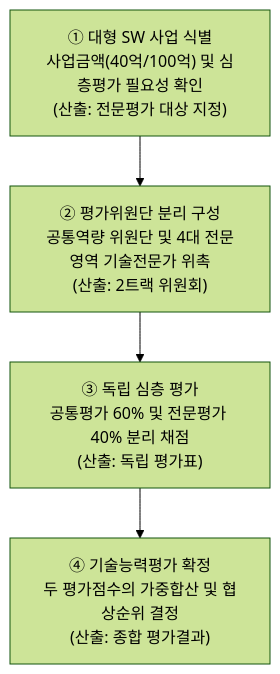
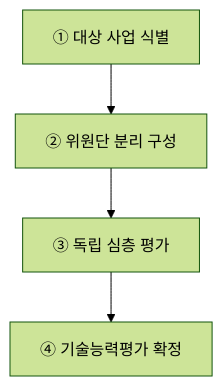
Before and after one commit to agnusdei1207/study: the second of 3 diagrams in src/content/docs/notes/itpe/01-it-strategy/066_negotiated_contract_proposal_evaluation.md, drawn with Mermaid (forest theme). The commit also changed other lines of this file and 19 other files, not shown here.

````diff
--- a/src/content/docs/notes/itpe/01-it-strategy/066_negotiated_contract_proposal_evaluation.md
+++ b/src/content/docs/notes/itpe/01-it-strategy/066_negotiated_contract_proposal_evaluation.md
@@ -94,9 +94,4 @@
 ```mermaid
 flowchart TD
-    S1["① 대형 SW 사업 식별<br/>사업금액(40억/100억) 및 심층평가 필요성 확인<br/>(산출: 전문평가 대상 지정)"]
-    S2["② 평가위원단 분리 구성<br/>공통역량 위원단 및 4대 전문영역 기술전문가 위촉<br/>(산출: 2트랙 위원회)"]
-    S3["③ 독립 심층 평가<br/>공통평가 60% 및 전문평가 40% 분리 채점<br/>(산출: 독립 평가표)"]
-    S4["④ 기술능력평가 확정<br/>두 평가점수의 가중합산 및 협상순위 결정<br/>(산출: 종합 평가결과)"]
-
-    S1 --> S2 --> S3 --> S4
+    S1["① 대상 사업 식별"] --> S2["② 위원단 분리 구성"] --> S3["③ 독립 심층 평가"] --> S4["④ 기술능력평가 확정"]
 ```
````
